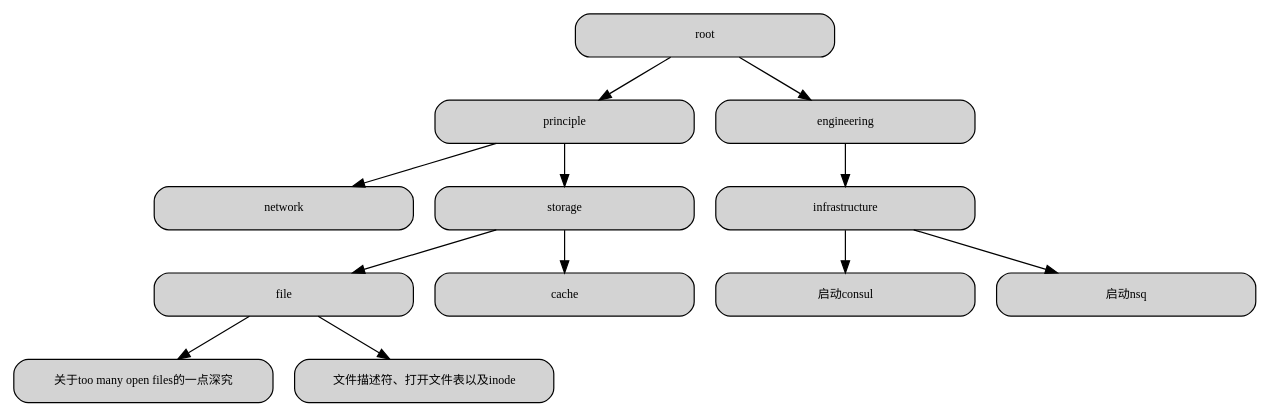
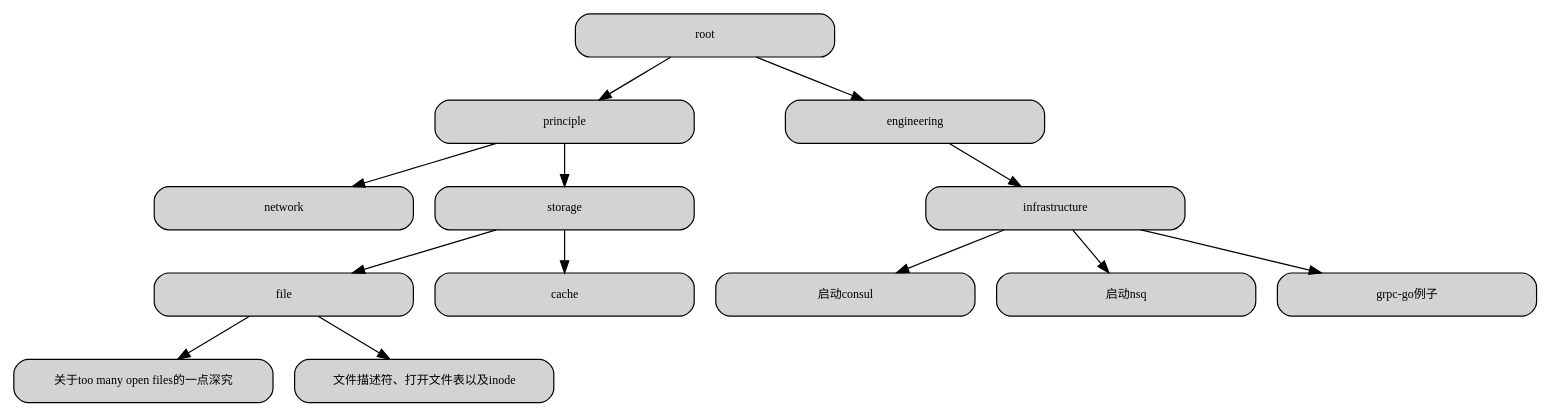
Before and after one commit to changjixiong/program_forest: the diagram in program_forest.dot, drawn with Graphviz. The commit also changed 1 other file, not shown here.

Commit message:
add a_example_of_grpc_go

```diff
--- a/program_forest.dot
+++ b/program_forest.dot
@@ -1,43 +1,45 @@
 digraph forest {
 	
 	style="rounded,filled"
 
 	{
 		node [shape="box", style="rounded,filled", fixedsize=true, width=3, height=0.5, fontname="Futura", fontsize=10]
 		root
 		principle
 		network
 		storage
 		file
 		cache
 		engineering
 		infrastructure
 
 		a_slight_dive_into_too_many_open_files [label = "关于too many open files的一点深究" URL="https://github.com/changjixiong/program_forest/blob/master/root/principle/storage/file/a_slight_dive_into_too_many_open_files.md"]
 		fd_openfiletable_and_inode [label = "文件描述符、打开文件表以及inode" URL="https://github.com/changjixiong/program_forest/blob/master/root/principle/storage/file/fd_openfiletable_and_inode.md"]
 
 		start_a_consul [label = "启动consul" URL="https://github.com/changjixiong/program_forest/blob/master/root/engineering/infrastructure/start-a-consul.md"]
 		start_a_nsq [label = "启动nsq" URL="https://github.com/changjixiong/program_forest/blob/master/root/engineering/infrastructure/start-a-nsq.md"]
+		a_example_of_grpc_go [label = "grpc-go例子" URL="https://github.com/changjixiong/program_forest/blob/master/root/engineering/infrastructure/a_example_of_grpc_go.md"]
 
 
 	}
 
 	root -> principle
 	root -> engineering
 
 	principle ->network
 	principle ->storage
 
 	engineering -> infrastructure
 
 	storage->file
 	storage->cache
 
 
 	infrastructure -> start_a_consul
 	infrastructure -> start_a_nsq
+	infrastructure -> a_example_of_grpc_go
 
 	file -> a_slight_dive_into_too_many_open_files
 	file -> fd_openfiletable_and_inode
 
 }
```
